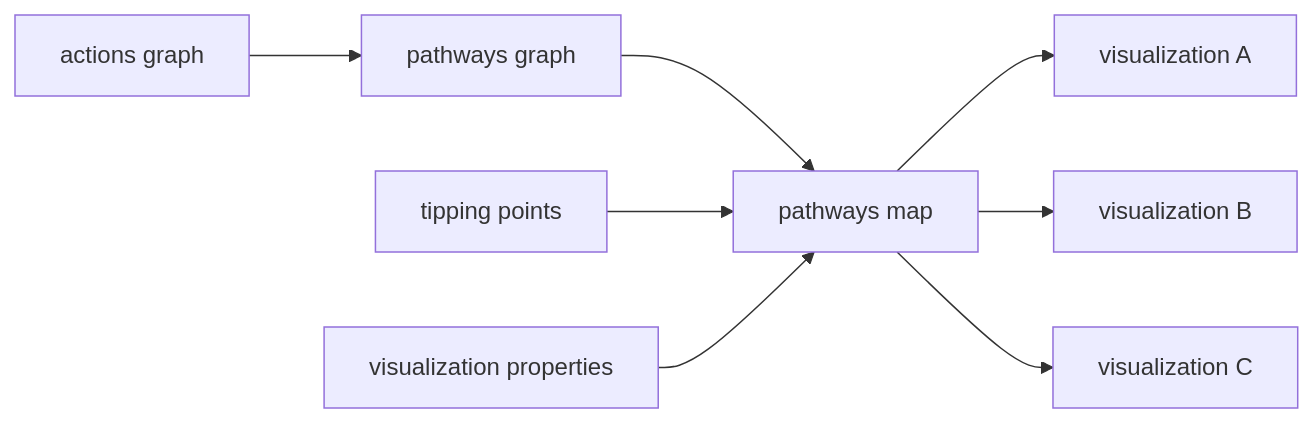
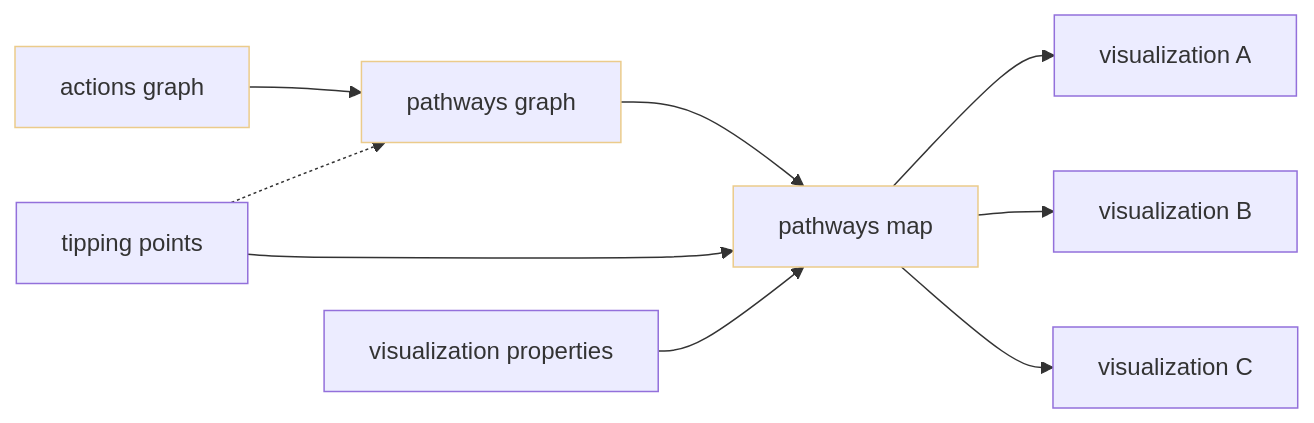
Before and after one commit to geoneric/PathwaysGenerator: the diagram in presentation/2023/12/progress/presentation.qmd, drawn with Mermaid. The commit also changed other lines of this file and 16 other files, not shown here.

````diff
--- a/presentation/2023/12/progress/presentation.qmd
+++ b/presentation/2023/12/progress/presentation.qmd
@@ -91,10 +158,12 @@
 ```{mermaid}
 flowchart LR
-    actionsgraph[actions graph] --> pathwaysgraph[pathways graph]
-    pathwaysgraph --> pathwaysmap[pathways map]
+    actionsgraph[actions graph]:::current --> pathwaysgraph[pathways graph]:::current
+    pathwaysgraph --> pathwaysmap[pathways map]:::current
     tippingpoints[tipping points] --> pathwaysmap
+    tippingpoints[tipping points] -.-> pathwaysgraph
     visualizationproperties[visualization properties] --> pathwaysmap
     pathwaysmap --> visualizationa[visualization A]
     pathwaysmap --> visualizationb[visualization B]
     pathwaysmap --> visualizationc[visualization C]
+    classDef current stroke:#ebcb8b
 ```
````
